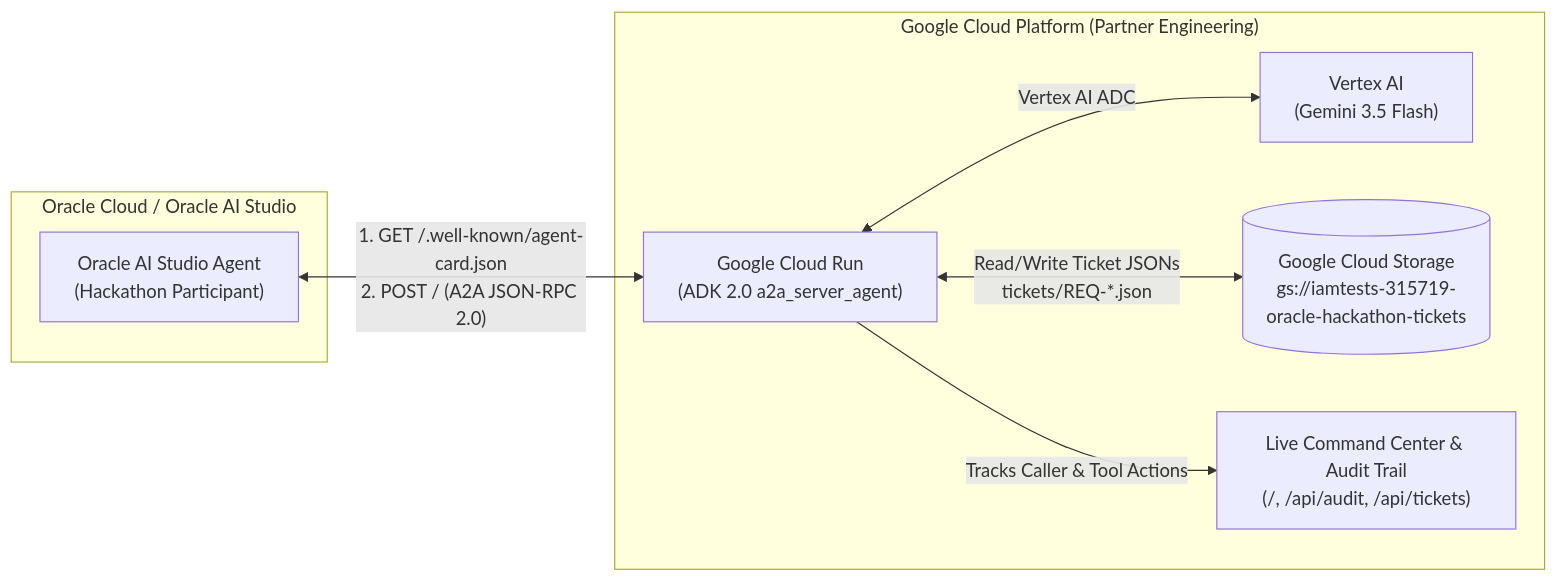
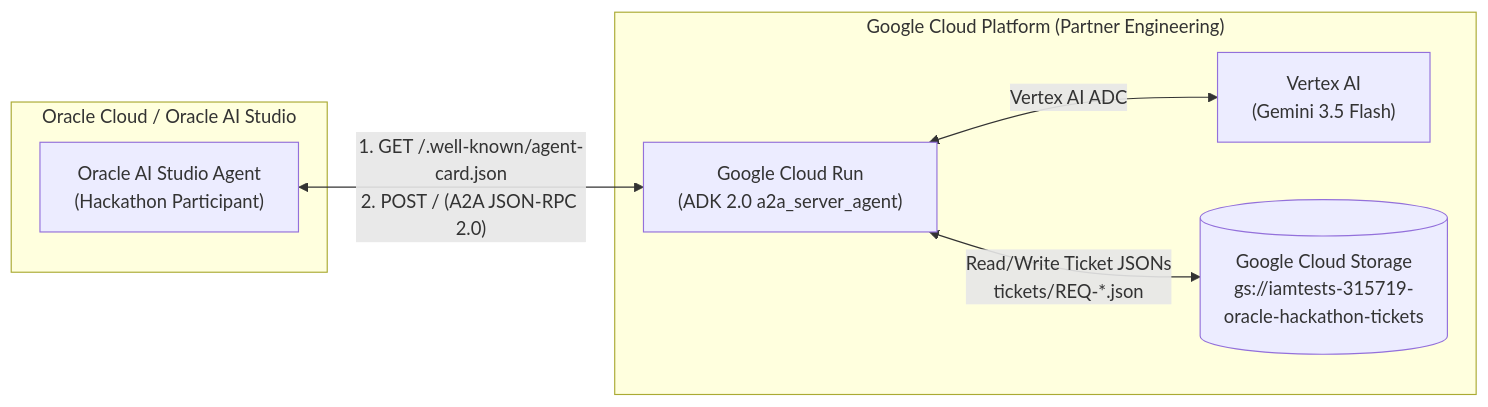
One commit to anwarbe/service-request-a2a-agent changed the diagram in ORACLE_HACKATHON_GUIDE.md. Above: the diagram before and after it, drawn with Mermaid. The commit also changed other lines of this file and 1 other file, not shown here.

Commit message:
Remove Command Center link and references from Participant Guide

````diff
--- a/ORACLE_HACKATHON_GUIDE.md
+++ b/ORACLE_HACKATHON_GUIDE.md
@@ -31,18 +29,16 @@
 ```mermaid
 flowchart LR
     subgraph Oracle["Oracle Cloud / Oracle AI Studio"]
         OAI["Oracle AI Studio Agent\n(Hackathon Participant)"]
     end
 
     subgraph GCP["Google Cloud Platform (Partner Engineering)"]
         CR["Google Cloud Run\n(ADK 2.0 a2a_server_agent)"]
         VA["Vertex AI\n(Gemini 3.5 Flash)"]
         GCS[("Google Cloud Storage\ngs://iamtests-315719-oracle-hackathon-tickets")]
-        AUD["Live Command Center & Audit Trail\n(/, /api/audit, /api/tickets)"]
     end
 
     OAI <-->|"1. GET /.well-known/agent-card.json\n2. POST / (A2A JSON-RPC 2.0)"| CR
     CR <-->|"Vertex AI ADC"| VA
     CR <-->|"Read/Write Ticket JSONs\ntickets/REQ-*.json"| GCS
-    CR -->|"Tracks Caller & Tool Actions"| AUD
 ```
````
